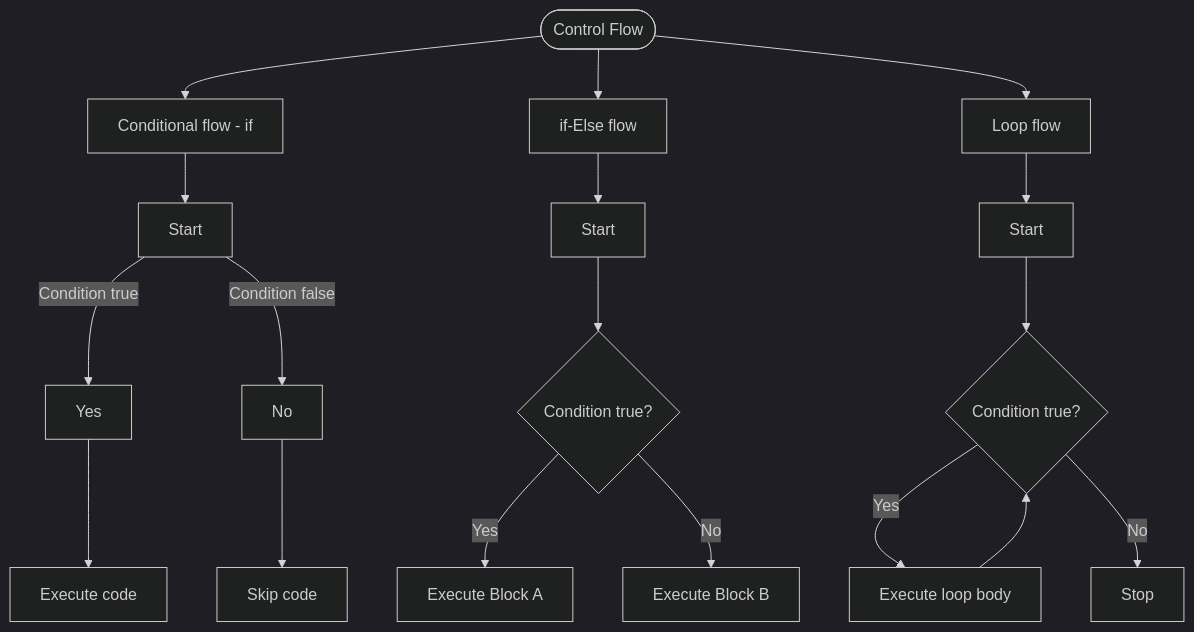
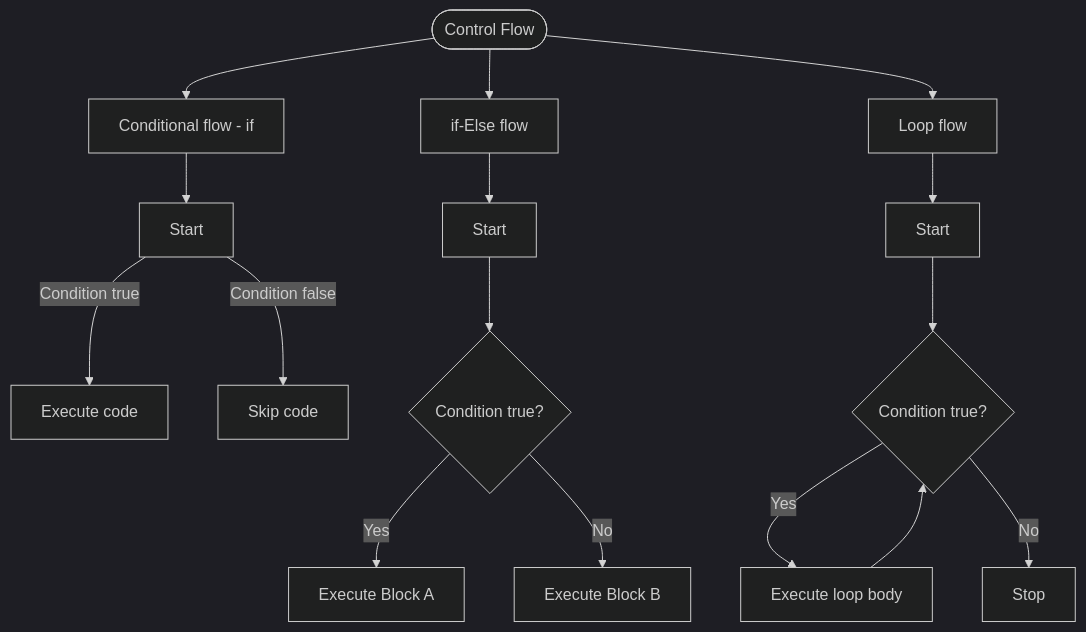
Before and after one commit to deepti-3073/bioinformatics-data-analysis-internship: the diagram in Month_1/Week_1/Session2_notes.md, drawn with Mermaid (dark theme). The commit also changed other lines of this file, not shown here.

````diff
--- a/Month_1/Week_1/Session2_notes.md
+++ b/Month_1/Week_1/Session2_notes.md
@@ -14,23 +36,21 @@
 ```mermaid
 flowchart TD
     A([Control Flow]) --> B[Conditional flow - if]
     A --> C[if-Else flow]
     A --> D[Loop flow]
 
     B --> E[Start]
-    E --> |Condition true| F[Yes]
-    F --> G[Execute code]
-    E --> |Condition false| H[No]
-    H --> I[Skip code]
+    E --> |Condition true| F[Execute code]
+    E --> |Condition false| G[Skip code]
 
-    C --> J[Start]
-    J --> K{Condition true?}
-    K --> |Yes| L[Execute Block A]
-    K --> |No| M[Execute Block B]
+    C --> H[Start]
+    H --> I{Condition true?}
+    I --> |Yes| J[Execute Block A]
+    I --> |No| K[Execute Block B]
 
-    D --> N[Start]
-    N --> O{Condition true?}
-    O --> |Yes| P[Execute loop body]
-    P --> O
-    O --> |No| R[Stop]
+    D --> L[Start]
+    L --> M{Condition true?}
+    M --> |Yes| N[Execute loop body]
+    N --> M
+    M --> |No| O[Stop]
 ```
````
